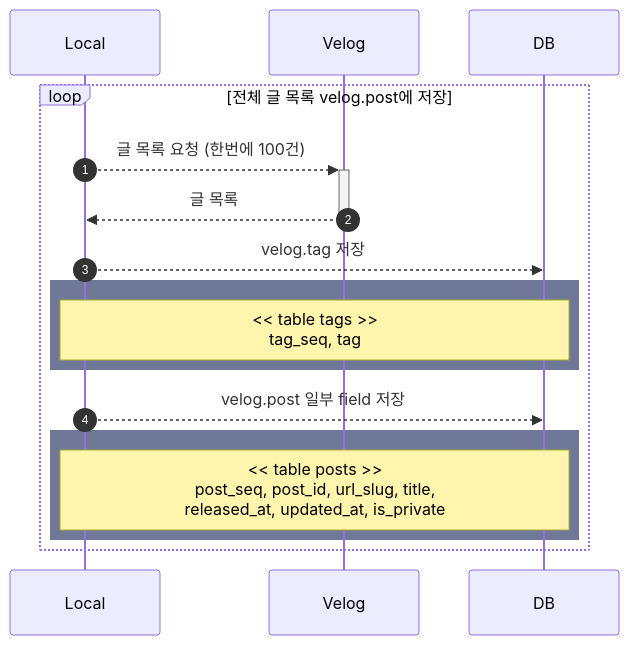
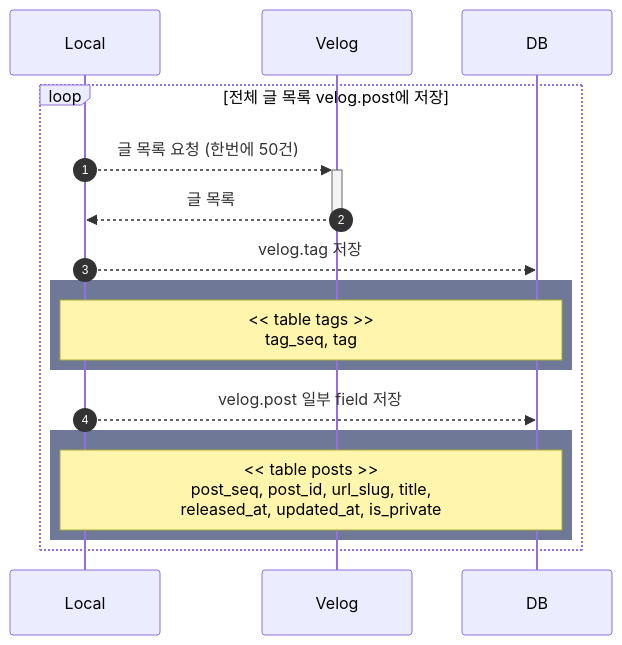
Before and after one commit to zhyun-project/move-from-velog-to-tistory: the diagram in move/docs/velog/posts.mermaid, drawn with Mermaid. The commit also changed 1 other file, not shown here.

```diff
--- a/move/docs/velog/posts.mermaid
+++ b/move/docs/velog/posts.mermaid
@@ -1,14 +1,14 @@
 sequenceDiagram
     autonumber
     loop 전체 글 목록 velog.post에 저장
-        Local -->> +Velog: 글 목록 요청 (한번에 100건)
+        Local -->> +Velog: 글 목록 요청 (한번에 50건)
         Velog -->> -Local: 글 목록
         Local -->> DB: velog.tag 저장
         rect rgb(111, 121, 151)
             Note over Local , DB: << table tags >><br>tag_seq, tag
         end
         Local -->> DB: velog.post 일부 field 저장
         rect rgb(111, 121, 151)
             Note over Local , DB: << table posts >><br>post_seq, post_id, url_slug, title,<br>released_at, updated_at, is_private
         end
     end
```
